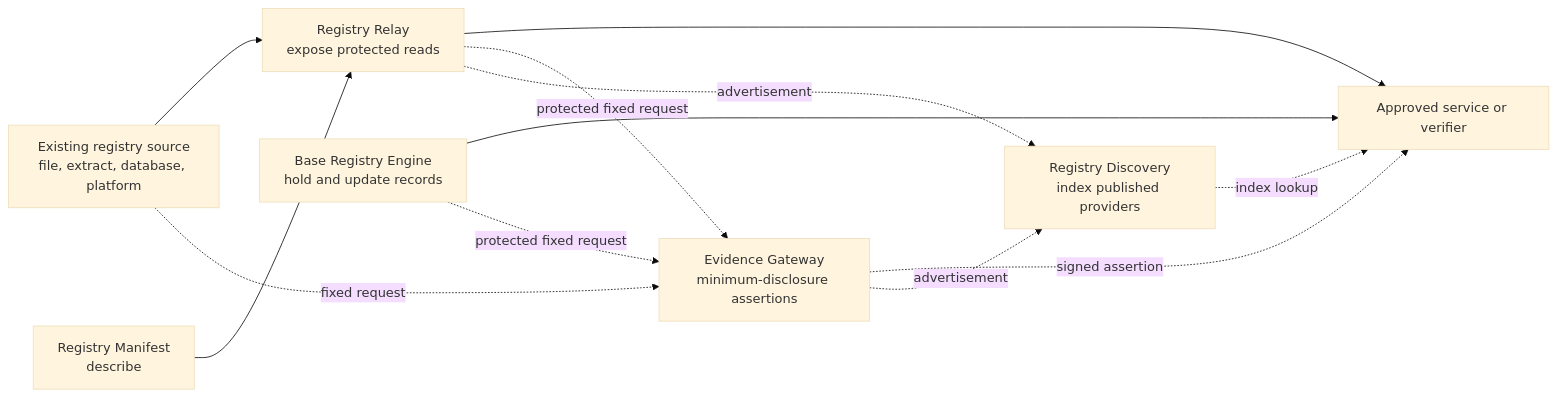
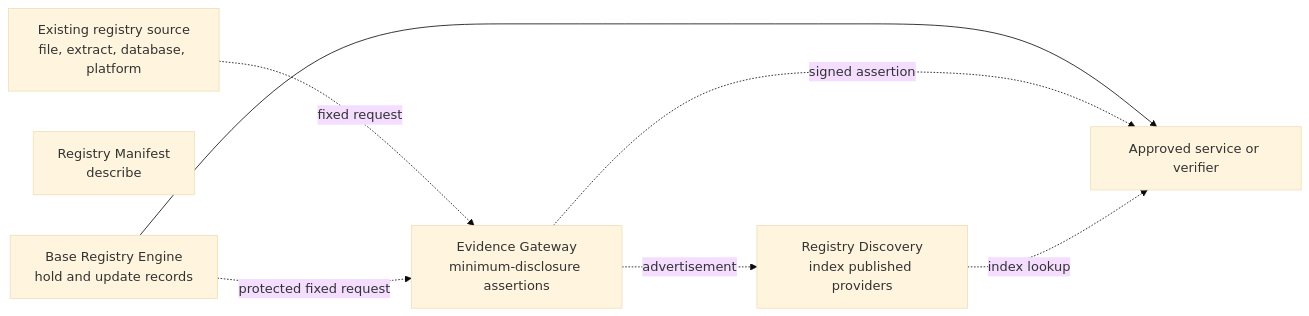
Before and after one commit to registrystack/registry-stack: the diagram in README.md, drawn with Mermaid (base theme). The commit also changed other lines of this file and 104 other files, not shown here.

````diff
--- a/README.md
+++ b/README.md
@@ -129,22 +122,16 @@
 ```mermaid
 flowchart LR
     source["Existing registry source<br/>file, extract, database, platform"]
     manifest["Registry Manifest<br/>describe"]
-    relay["Registry Relay<br/>expose protected reads"]
     breg["Base Registry Engine<br/>hold and update records"]
     evidence["Evidence Gateway<br/>minimum-disclosure assertions"]
     discovery["Registry Discovery<br/>index published providers"]
     caller["Approved service or verifier"]
 
-    source --> relay
-    manifest --> relay
-    relay --> caller
     breg --> caller
     source -. fixed request .-> evidence
-    relay -. protected fixed request .-> evidence
     breg -. protected fixed request .-> evidence
     evidence -. signed assertion .-> caller
-    relay -. advertisement .-> discovery
     evidence -. advertisement .-> discovery
     discovery -. index lookup .-> caller
 ```
````
